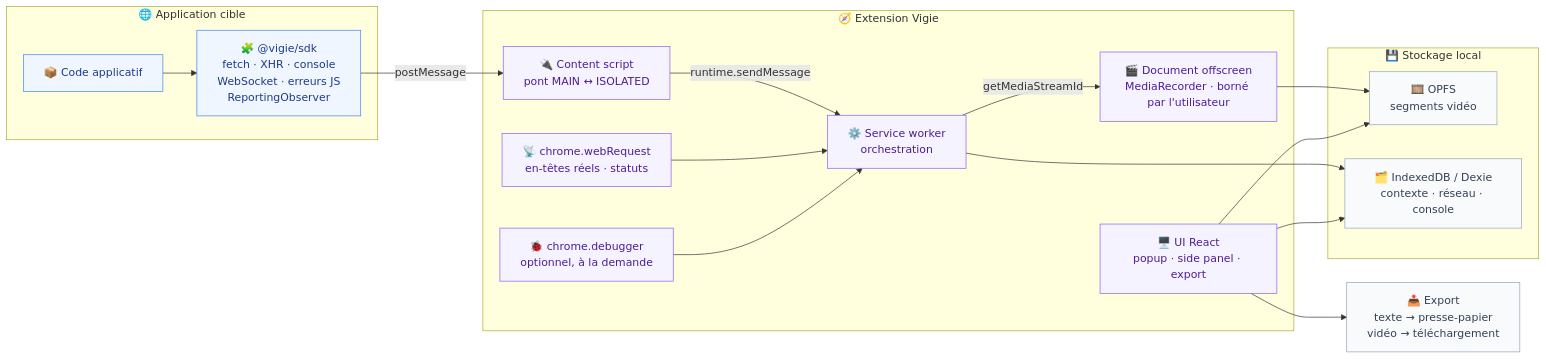
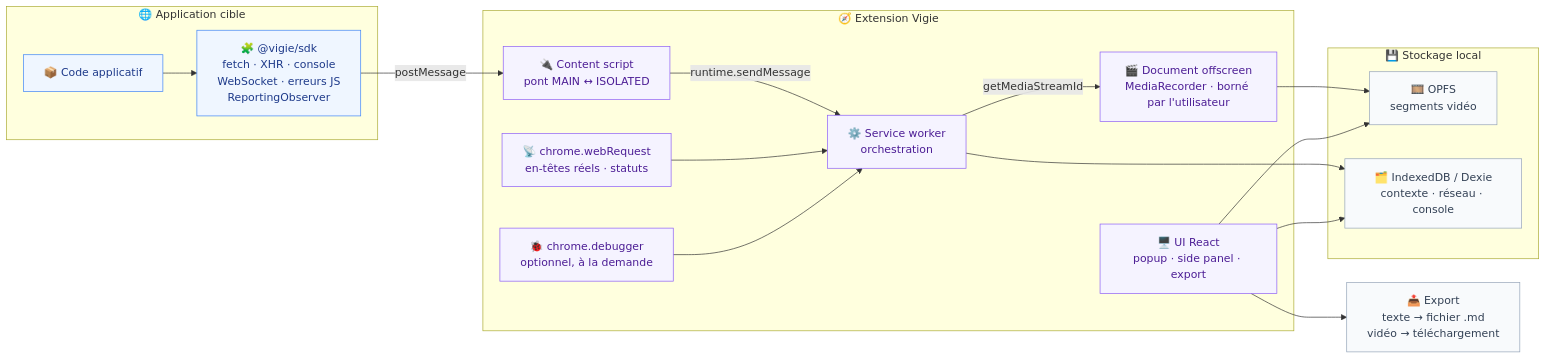
Before and after one commit to BryanBerger98/vigie: the diagram in aidd_docs/INSTALL.md, drawn with Mermaid. The commit also changed other lines of this file and 140 other files, not shown here.

````diff
--- a/aidd_docs/INSTALL.md
+++ b/aidd_docs/INSTALL.md
@@ -54,43 +54,43 @@
 ```mermaid
 flowchart LR
     subgraph host["🌐 Application cible"]
         app["📦 Code applicatif"]
         sdk["🧩 @vigie/sdk<br/>fetch · XHR · console<br/>WebSocket · erreurs JS<br/>ReportingObserver"]
         app --> sdk
     end
 
     subgraph ext["🧭 Extension Vigie"]
         cs["🔌 Content script<br/>pont MAIN ↔ ISOLATED"]
         sw["⚙️ Service worker<br/>orchestration"]
         wr["📡 chrome.webRequest<br/>en-têtes réels · statuts"]
         cdp["🐞 chrome.debugger<br/>optionnel, à la demande"]
         off["🎬 Document offscreen<br/>MediaRecorder · borné par l'utilisateur"]
         ui["🖥️ UI React<br/>popup · side panel · export"]
     end
 
     subgraph store["💾 Stockage local"]
         opfs["🎞️ OPFS<br/>segments vidéo"]
         idb["🗂️ IndexedDB / Dexie<br/>contexte · réseau · console"]
     end
 
-    out["📤 Export<br/>texte → presse-papier<br/>vidéo → téléchargement"]
+    out["📤 Export<br/>texte → fichier .md<br/>vidéo → téléchargement"]
 
     sdk -->|"postMessage"| cs
     cs -->|"runtime.sendMessage"| sw
     wr --> sw
     cdp --> sw
     sw -->|"getMediaStreamId"| off
     off --> opfs
     sw --> idb
     ui --> idb
     ui --> opfs
     ui --> out
 
     classDef page fill:#eff6ff,stroke:#3b82f6,color:#1e3a8a
     classDef extension fill:#f5f3ff,stroke:#8b5cf6,color:#4c1d95
     classDef storage fill:#f8fafc,stroke:#94a3b8,color:#334155
 
     class app,sdk page
     class cs,sw,wr,cdp,off,ui extension
     class opfs,idb,out storage
 ```
````
